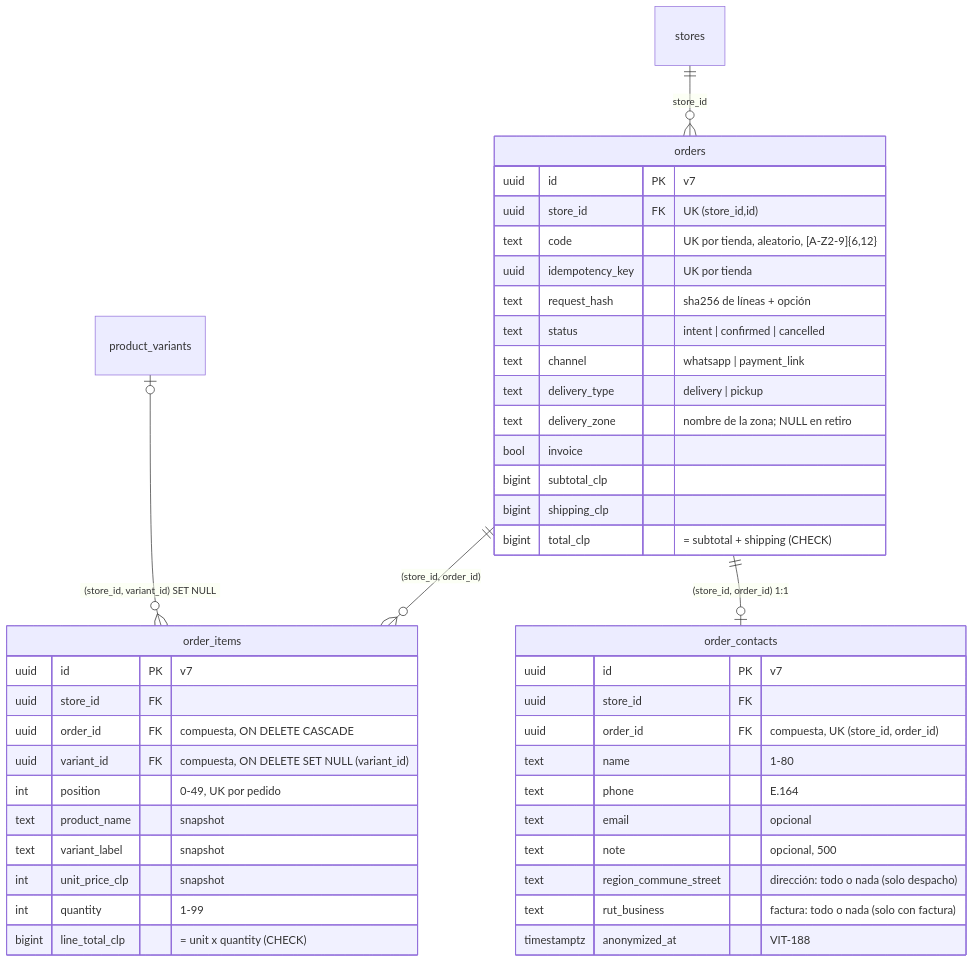
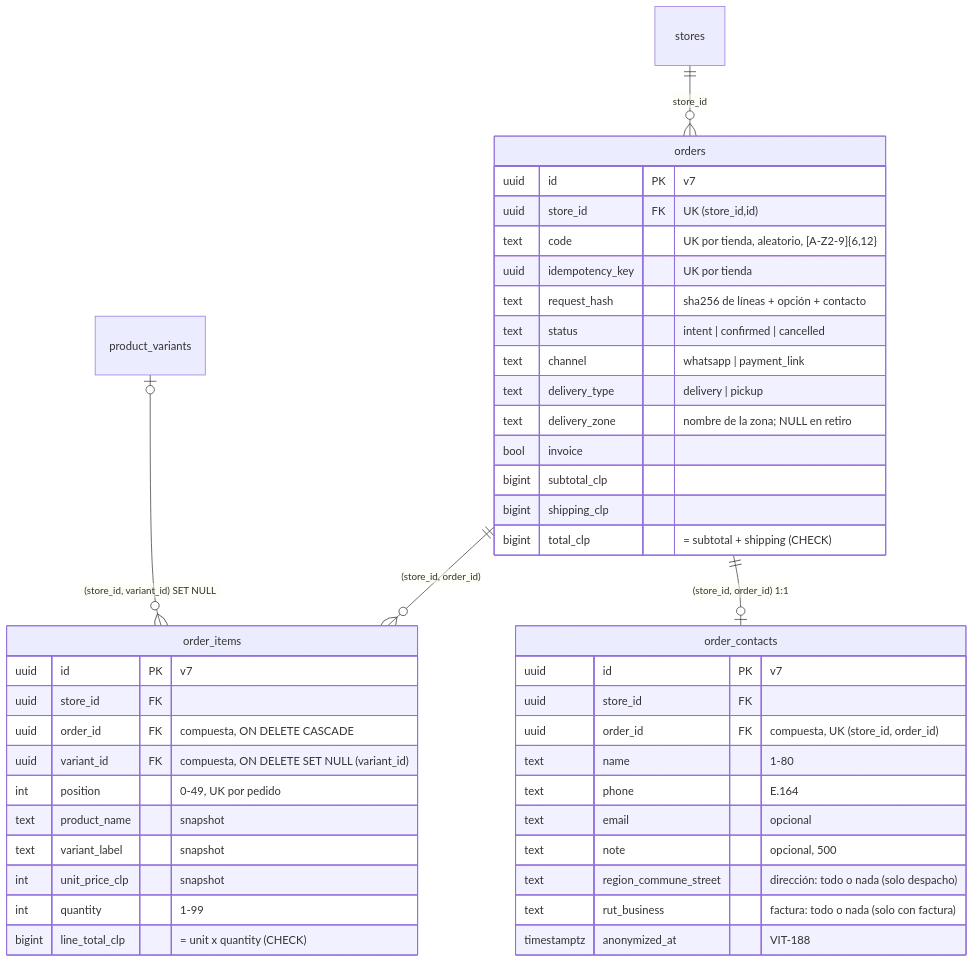
One commit to cesardonosov/vitrinIA changed the third of 3 diagrams in docs/arquitectura/data-model.md. Above: the diagram before and after it, drawn with Mermaid. The commit also changed other lines of this file and 15 other files, not shown here.

````diff
--- a/docs/arquitectura/data-model.md
+++ b/docs/arquitectura/data-model.md
@@ -89,46 +89,46 @@
 ```mermaid
 erDiagram
   stores ||--o{ orders : "store_id"
   orders ||--o{ order_items : "(store_id, order_id)"
   orders ||--o| order_contacts : "(store_id, order_id) 1:1"
   product_variants |o--o{ order_items : "(store_id, variant_id) SET NULL"
   orders {
     uuid id PK "v7"
     uuid store_id FK "UK (store_id,id)"
     text code "UK por tienda, aleatorio, [A-Z2-9]{6,12}"
     uuid idempotency_key "UK por tienda"
-    text request_hash "sha256 de líneas + opción"
+    text request_hash "sha256 de líneas + opción + contacto"
     text status "intent | confirmed | cancelled"
     text channel "whatsapp | payment_link"
     text delivery_type "delivery | pickup"
     text delivery_zone "nombre de la zona; NULL en retiro"
     bool invoice
     bigint subtotal_clp
     bigint shipping_clp
     bigint total_clp "= subtotal + shipping (CHECK)"
   }
   order_items {
     uuid id PK "v7"
     uuid store_id FK
     uuid order_id FK "compuesta, ON DELETE CASCADE"
     uuid variant_id FK "compuesta, ON DELETE SET NULL (variant_id)"
     int position "0-49, UK por pedido"
     text product_name "snapshot"
     text variant_label "snapshot"
     int unit_price_clp "snapshot"
     int quantity "1-99"
     bigint line_total_clp "= unit x quantity (CHECK)"
   }
   order_contacts {
     uuid id PK "v7"
     uuid store_id FK
     uuid order_id FK "compuesta, UK (store_id, order_id)"
     text name "1-80"
     text phone "E.164"
     text email "opcional"
     text note "opcional, 500"
     text region_commune_street "dirección: todo o nada (solo despacho)"
     text rut_business "factura: todo o nada (solo con factura)"
     timestamptz anonymized_at "VIT-188"
   }
 ```
````
